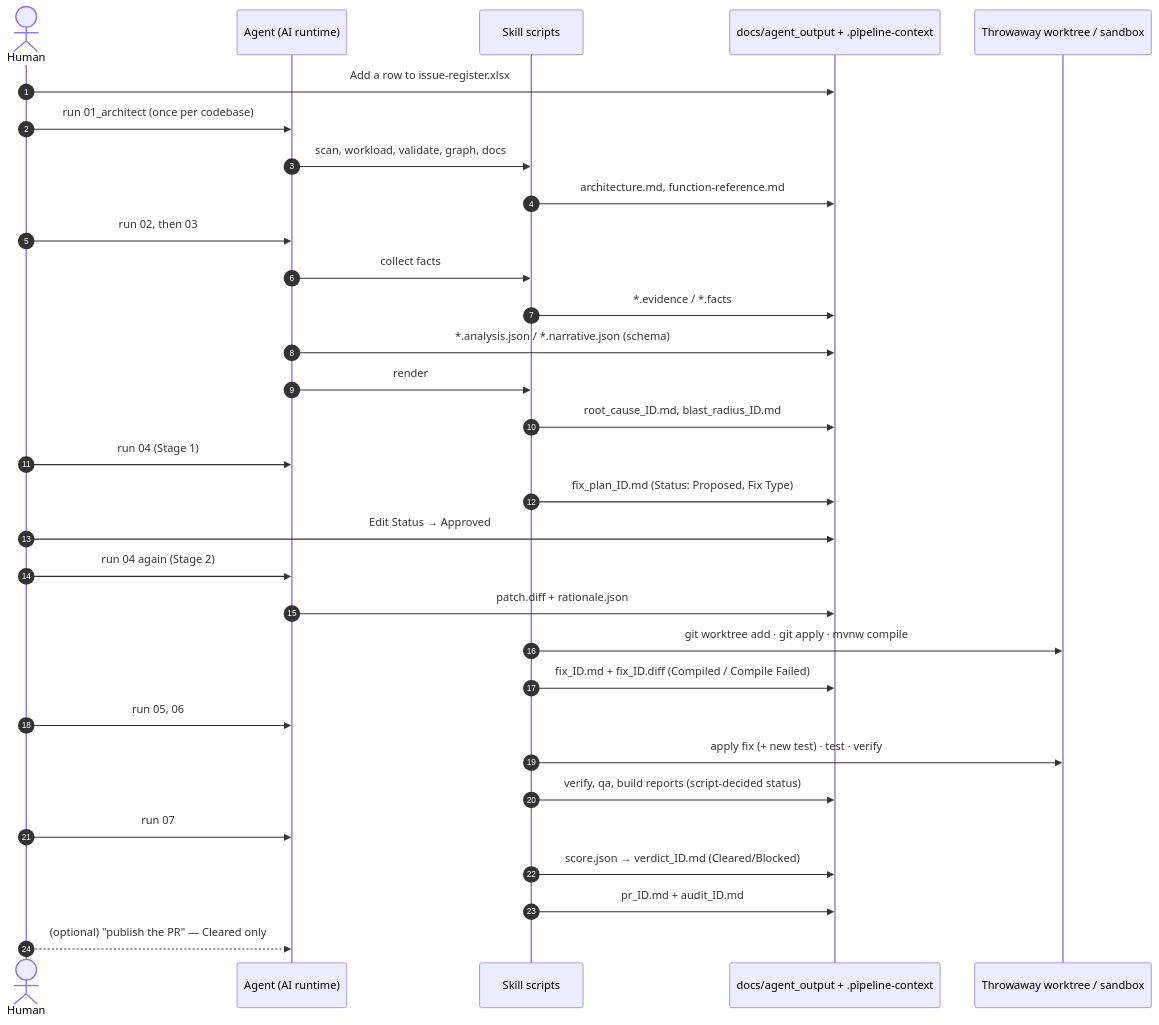
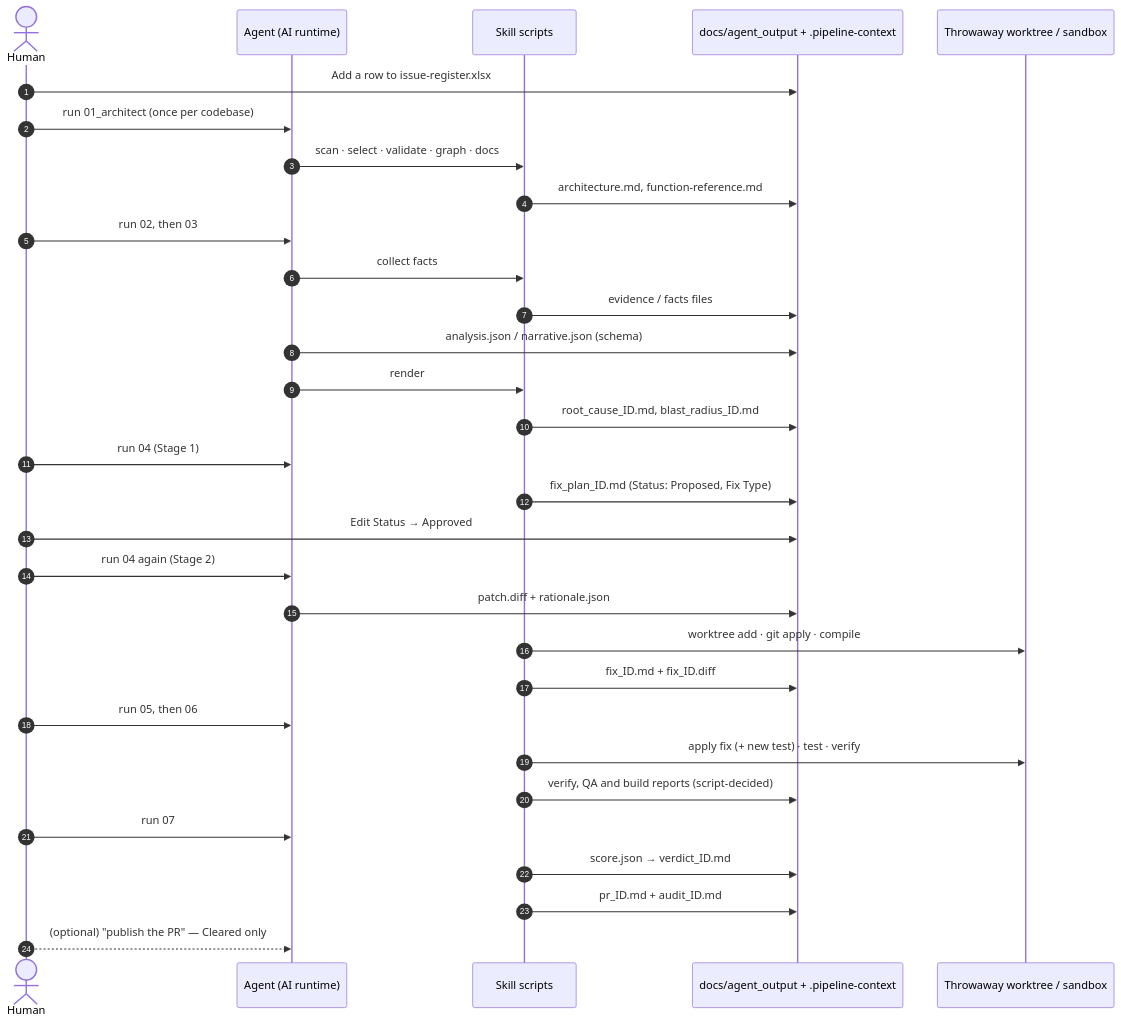
Before and after one commit to KrishnaAnnavaram/MARS: the eighth of 31 diagrams in README.md, drawn with Mermaid. The commit also changed other lines of this file, not shown here.

````diff
--- a/README.md
+++ b/README.md
@@ -227,34 +431,34 @@
 ```mermaid
 sequenceDiagram
     autonumber
     actor H as Human
     participant AG as Agent (AI runtime)
     participant SC as Skill scripts
     participant FS as docs/agent_output + .pipeline-context
     participant WT as Throwaway worktree / sandbox
 
     H->>FS: Add a row to issue-register.xlsx
     H->>AG: run 01_architect (once per codebase)
-    AG->>SC: scan, workload, validate, graph, docs
+    AG->>SC: scan · select · validate · graph · docs
     SC->>FS: architecture.md, function-reference.md
     H->>AG: run 02, then 03
     AG->>SC: collect facts
-    SC->>FS: *.evidence / *.facts
-    AG->>FS: *.analysis.json / *.narrative.json (schema)
+    SC->>FS: evidence / facts files
+    AG->>FS: analysis.json / narrative.json (schema)
     AG->>SC: render
     SC->>FS: root_cause_ID.md, blast_radius_ID.md
     H->>AG: run 04 (Stage 1)
     SC->>FS: fix_plan_ID.md (Status: Proposed, Fix Type)
     H->>FS: Edit Status → Approved
     H->>AG: run 04 again (Stage 2)
     AG->>FS: patch.diff + rationale.json
-    SC->>WT: git worktree add · git apply · mvnw compile
-    SC->>FS: fix_ID.md + fix_ID.diff (Compiled / Compile Failed)
-    H->>AG: run 05, 06
+    SC->>WT: worktree add · git apply · compile
+    SC->>FS: fix_ID.md + fix_ID.diff
+    H->>AG: run 05, then 06
     SC->>WT: apply fix (+ new test) · test · verify
-    SC->>FS: verify, qa, build reports (script-decided status)
+    SC->>FS: verify, QA and build reports (script-decided)
     H->>AG: run 07
-    SC->>FS: score.json → verdict_ID.md (Cleared/Blocked)
+    SC->>FS: score.json → verdict_ID.md
     SC->>FS: pr_ID.md + audit_ID.md
     H-->>AG: (optional) "publish the PR" — Cleared only
 ```
````
